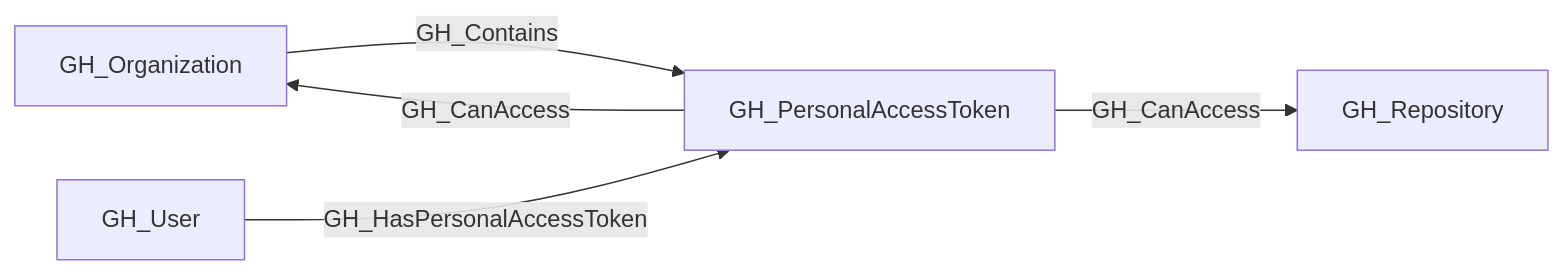
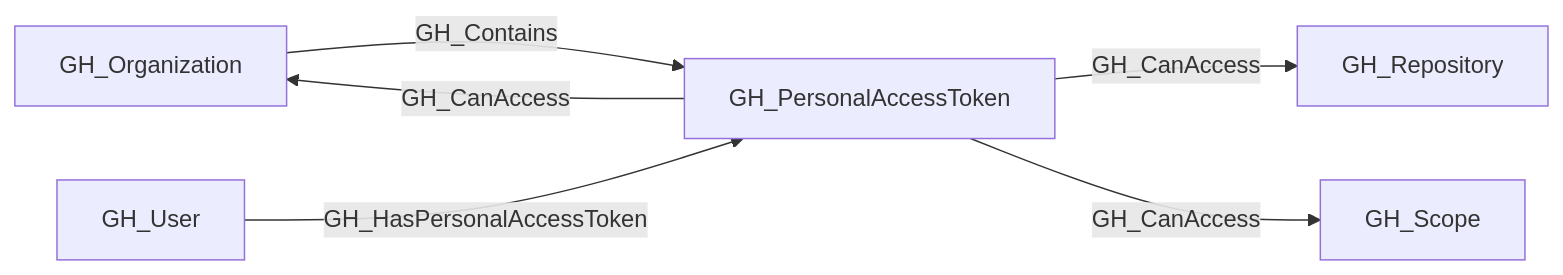
The second of 2 diagrams in docs/opengraph/extensions/github/nodes/gh_personalaccesstoken.mdx (SpecterOps/bloodhound-docs), drawn with Mermaid before and after one commit. The commit also changed other lines of this file and 30 other files, not shown here.

Commit message:
chore: update openhound github reference for schema v1.4.0

````diff
--- a/docs/opengraph/extensions/github/nodes/gh_personalaccesstoken.mdx
+++ b/docs/opengraph/extensions/github/nodes/gh_personalaccesstoken.mdx
@@ -60,12 +62,14 @@
 ```mermaid
 flowchart LR
 
     GH_Organization["GH_Organization"]
     GH_PersonalAccessToken["GH_PersonalAccessToken"]
     GH_Repository["GH_Repository"]
+    GH_Scope["GH_Scope"]
     GH_User["GH_User"]
     GH_Organization -- GH_Contains --> GH_PersonalAccessToken
     GH_PersonalAccessToken -- GH_CanAccess --> GH_Organization
     GH_PersonalAccessToken -- GH_CanAccess --> GH_Repository
+    GH_PersonalAccessToken -- GH_CanAccess --> GH_Scope
     GH_User -- GH_HasPersonalAccessToken --> GH_PersonalAccessToken
 ```
````
